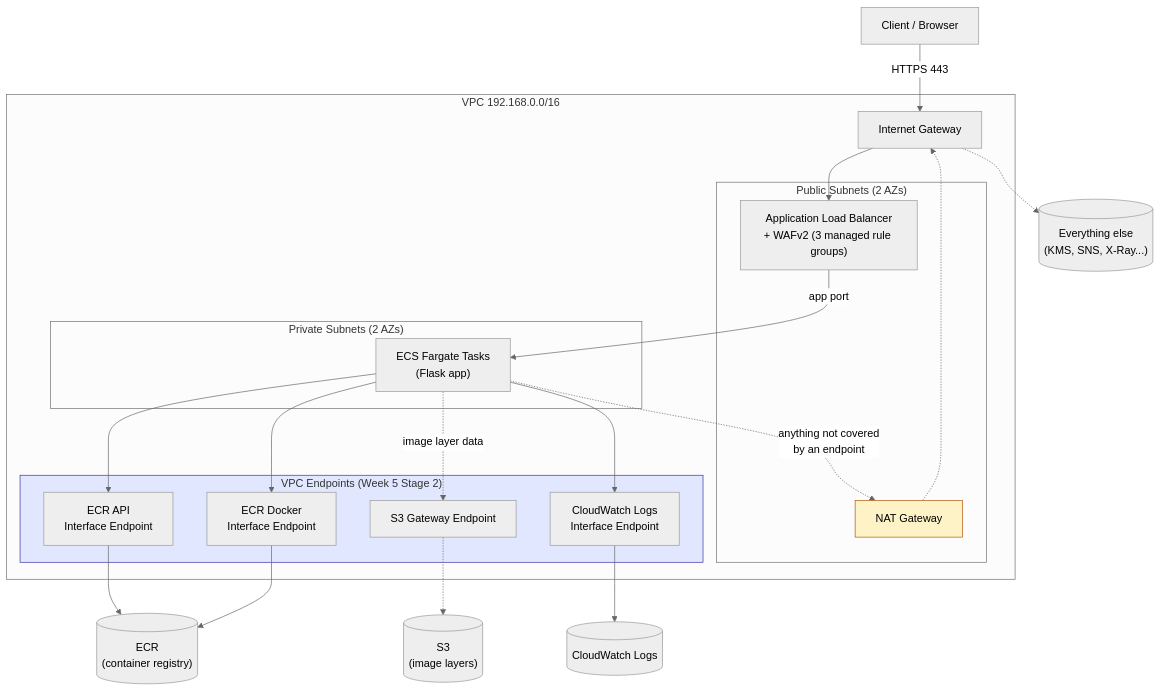
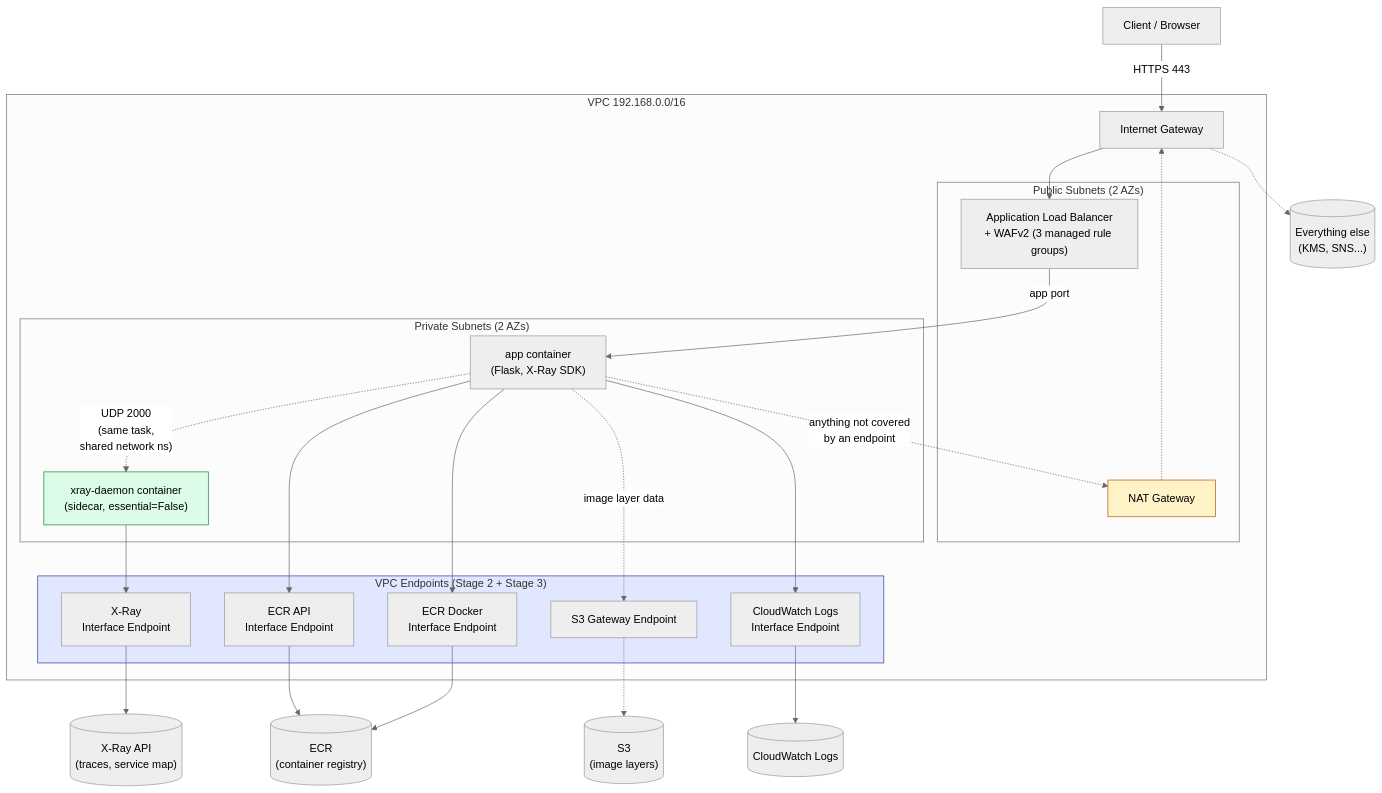
Before and after one commit to adenoch1/devsecops-bootcamp-cdk: the diagram in weeks/week-05-progressive-delivery/README.md, drawn with Mermaid (neutral theme). The commit also changed other lines of this file and 4 other files, not shown here.

First line of the commit message:
Week 05 Stage 3: APM / distributed tracing via AWS X-Ray

````diff
--- a/weeks/week-05-progressive-delivery/README.md
+++ b/weeks/week-05-progressive-delivery/README.md
@@ -52,42 +52,49 @@
 ```mermaid
 graph TB
     Client["Client / Browser"]
 
     subgraph VPC["VPC 192.168.0.0/16"]
         IGW["Internet Gateway"]
 
         subgraph Public["Public Subnets (2 AZs)"]
             ALB["Application Load Balancer<br/>+ WAFv2 (3 managed rule groups)"]
             NAT["NAT Gateway"]
         end
 
         subgraph Private["Private Subnets (2 AZs)"]
-            ECS["ECS Fargate Tasks<br/>(Flask app)"]
+            App["app container<br/>(Flask, X-Ray SDK)"]
+            XrayD["xray-daemon container<br/>(sidecar, essential=False)"]
         end
 
-        subgraph Endpoints["VPC Endpoints (Week 5 Stage 2)"]
+        subgraph Endpoints["VPC Endpoints (Stage 2 + Stage 3)"]
             S3EP["S3 Gateway Endpoint"]
             EcrApiEP["ECR API<br/>Interface Endpoint"]
             EcrDkrEP["ECR Docker<br/>Interface Endpoint"]
             LogsEP["CloudWatch Logs<br/>Interface Endpoint"]
+            XrayEP["X-Ray<br/>Interface Endpoint"]
         end
     end
 
     S3[("S3<br/>(image layers)")]
     ECR[("ECR<br/>(container registry)")]
     CWLogs[("CloudWatch Logs")]
-    Other[("Everything else<br/>(KMS, SNS, X-Ray...)")]
+    XrayAPI[("X-Ray API<br/>(traces, service map)")]
+    Other[("Everything else<br/>(KMS, SNS...)")]
 
     Client -->|"HTTPS 443"| IGW
     IGW --> ALB
-    ALB -->|"app port"| ECS
+    ALB -->|"app port"| App
 
-    ECS --> EcrApiEP --> ECR
-    ECS --> EcrDkrEP --> ECR
-    ECS -.->|"image layer data"| S3EP -.-> S3
-    ECS --> LogsEP --> CWLogs
-    ECS -.->|"anything not covered<br/>by an endpoint"| NAT -.-> IGW -.-> Other
+    App -.->|"UDP 2000<br/>(same task,<br/>shared network ns)"| XrayD
+
+    App --> EcrApiEP --> ECR
+    App --> EcrDkrEP --> ECR
+    App -.->|"image layer data"| S3EP -.-> S3
+    App --> LogsEP --> CWLogs
+    XrayD --> XrayEP --> XrayAPI
+    App -.->|"anything not covered<br/>by an endpoint"| NAT -.-> IGW -.-> Other
 
     style Endpoints fill:#e0e7ff,stroke:#3730a3
     style NAT fill:#fef3c7,stroke:#b45309
+    style XrayD fill:#dcfce7,stroke:#15803d
 ```
````
